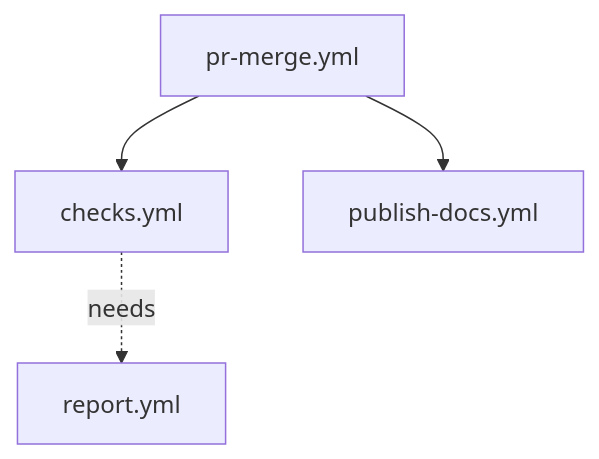
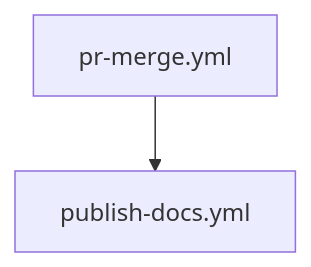
One commit to exasol/python-toolbox changed the second of 3 diagrams in doc/user_guide/features/github_workflows/index.rst. Above: the diagram before and after it, drawn with Mermaid. The commit also changed other lines of this file and 2 other files, not shown here.

Commit message:
Reduce pr-merge as handled by periodic-validation

```diff
--- a/doc/user_guide/features/github_workflows/index.rst
+++ b/doc/user_guide/features/github_workflows/index.rst
@@ -204,10 +203,6 @@
 .. mermaid::
    :name: merge-diagram
 
     graph TD
         %% Workflow Triggers (Solid Lines)
-        pr-merge[pr-merge.yml] --> checks[checks.yml]
-        pr-merge --> publish-docs[publish-docs.yml]
-
-        %% Dependencies / Waiting (Dotted Lines)
-        checks -.->|needs| report[report.yml]
+        pr-merge[pr-merge.yml] --> publish-docs[publish-docs.yml]
```
